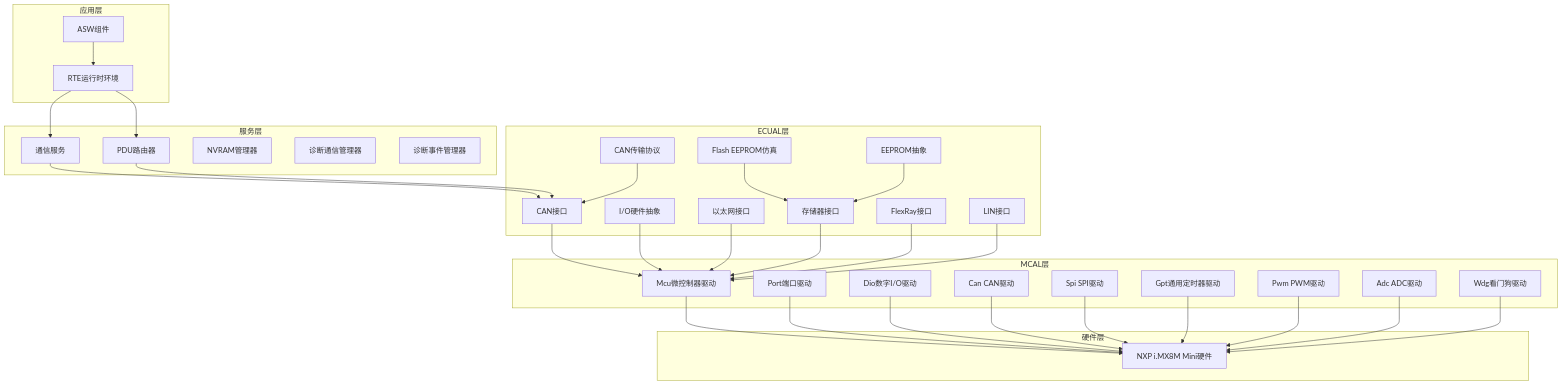
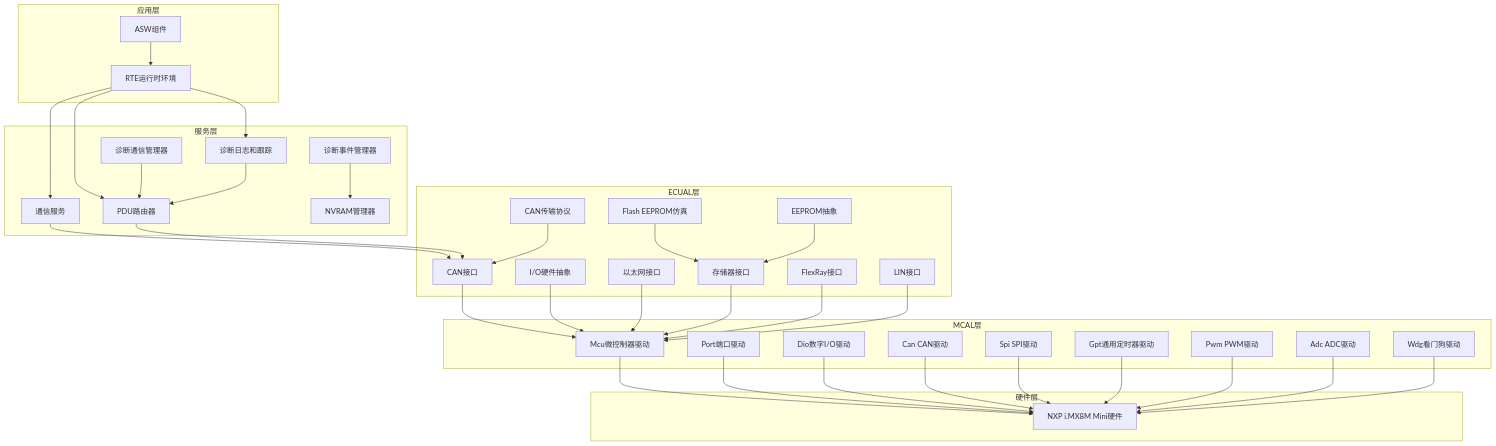
One commit to frisky1985/yuleASR changed the first of 6 diagrams in .qoder/repowiki/zh/content/开发指南/开发流程/模块创建工作流程.md. Above: the diagram before and after it, drawn with Mermaid. The commit also changed other lines of this file and 4 other files, not shown here.

````diff
--- a/.qoder/repowiki/zh/content/开发指南/开发流程/模块创建工作流程.md
+++ b/.qoder/repowiki/zh/content/开发指南/开发流程/模块创建工作流程.md
@@ -42,62 +48,67 @@
 ```mermaid
 graph TB
 subgraph "应用层"
 ASW[ASW组件]
 RTE[RTE运行时环境]
 end
 subgraph "服务层"
 COM[通信服务]
 PDUR[PDU路由器]
 NVM[NVRAM管理器]
 DCM[诊断通信管理器]
 DEM[诊断事件管理器]
+DLT[诊断日志和跟踪]
 end
 subgraph "ECUAL层"
 CANIF[CAN接口]
 IOHWAB[I/O硬件抽象]
 CANTP[CAN传输协议]
 ETHIF[以太网接口]
 MEMIF[存储器接口]
 FEE[Flash EEPROM仿真]
 EA[EEPROM抽象]
 FRIF[FlexRay接口]
 LINIF[LIN接口]
 end
 subgraph "MCAL层"
 MCU[Mcu微控制器驱动]
 PORT[Port端口驱动]
 DIO[Dio数字I/O驱动]
 CAN[Can CAN驱动]
 SPI[Spi SPI驱动]
 GPT[Gpt通用定时器驱动]
 PWM[Pwm PWM驱动]
 ADC[Adc ADC驱动]
 WDG[Wdg看门狗驱动]
 end
 subgraph "硬件层"
 HARDWARE[NXP i.MX8M Mini硬件]
 end
 ASW --> RTE
 RTE --> COM
 RTE --> PDUR
+RTE --> DLT
 COM --> CANIF
 PDUR --> CANIF
+DCM --> PDUR
+DEM --> NVM
+DLT --> PDUR
 CANIF --> MCU
 IOHWAB --> MCU
 CANTP --> CANIF
 ETHIF --> MCU
 MEMIF --> MCU
 FEE --> MEMIF
 EA --> MEMIF
 FRIF --> MCU
 LINIF --> MCU
 MCU --> HARDWARE
 PORT --> HARDWARE
 DIO --> HARDWARE
 CAN --> HARDWARE
 SPI --> HARDWARE
 GPT --> HARDWARE
 PWM --> HARDWARE
 ADC --> HARDWARE
 WDG --> HARDWARE
 ```
````
